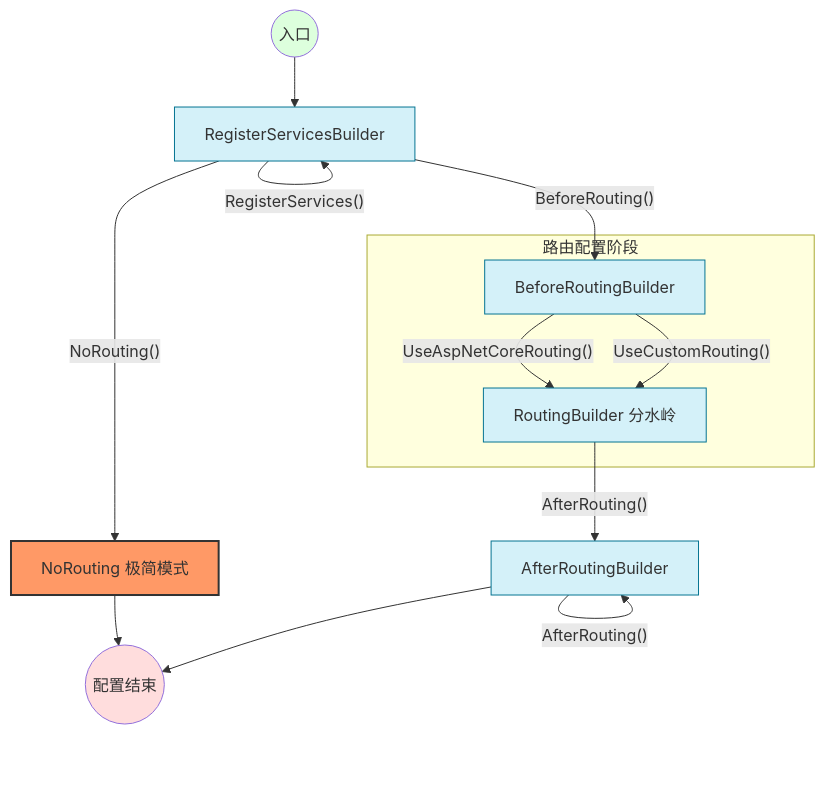
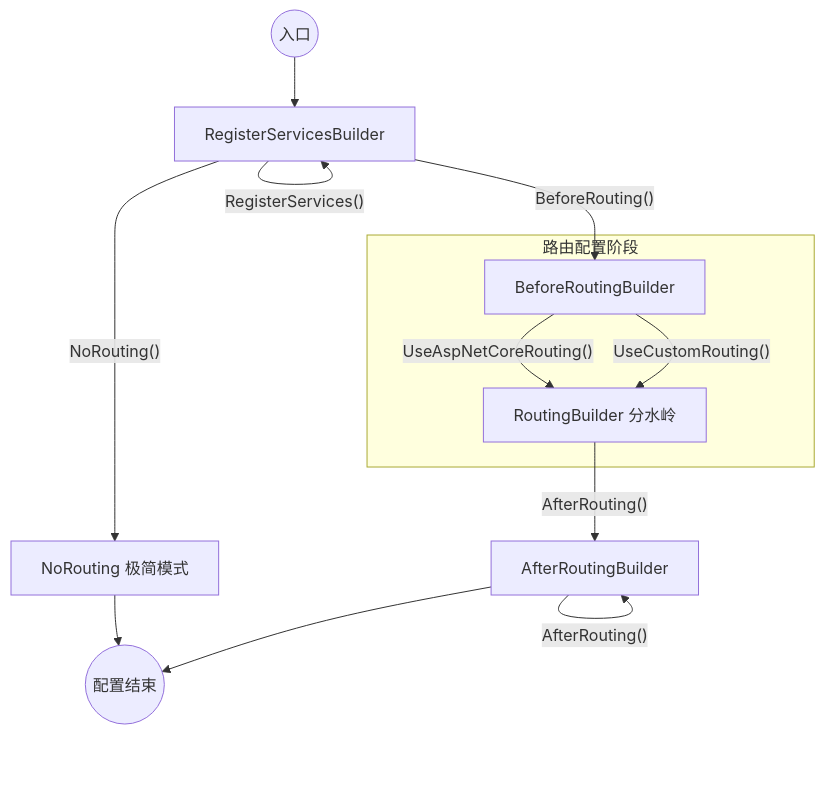
One commit to LoongBa/TKW.Framework changed the diagram in Domain.Web/TKWF.Domain.Web 配置教程.md. Above: the diagram before and after it, drawn with Mermaid. The commit also changed 6 other files, not shown here.

````diff
--- a/Domain.Web/TKWF.Domain.Web 配置教程.md
+++ b/Domain.Web/TKWF.Domain.Web 配置教程.md
@@ -47,44 +49,35 @@
 ```mermaid
 graph TD
     %% 节点定义
     Start((入口))
     RSB[RegisterServicesBuilder]
     NR[NoRouting 极简模式]
     BRB[BeforeRoutingBuilder]
     RB[RoutingBuilder 分水岭]
     ARB[AfterRoutingBuilder]
     End((配置结束))
 
     %% 流程连接
     Start --> RSB
 
     %% 注册服务阶段 (可循环)
     RSB -- "RegisterServices()" --> RSB
 
     %% 路径 A: 极简流 (无路由)
     RSB -- "NoRouting()" --> NR
     NR --> End
 
     %% 路径 B: 标准路由流
     RSB -- "BeforeRouting()" --> BRB
-    
+
     subgraph 路由配置阶段
         BRB -- "UseAspNetCoreRouting()" --> RB
         BRB -- "UseCustomRouting()" --> RB
     end
 
     %% 路由后阶段 (可循环)
     RB -- "AfterRouting()" --> ARB
     ARB -- "AfterRouting()" --> ARB
-    
+
     ARB --> End
-
-    %% 样式美化
-    style NR fill:#f96,stroke:#333,stroke-width:2px
-    style RSB fill:#d4f1f9,stroke:#057492
-    style BRB fill:#d4f1f9,stroke:#057492
-    style RB fill:#d4f1f9,stroke:#057492
-    style ARB fill:#d4f1f9,stroke:#057492
-    style Start fill:#dfd
-    style End fill:#fdd
 ```
````
